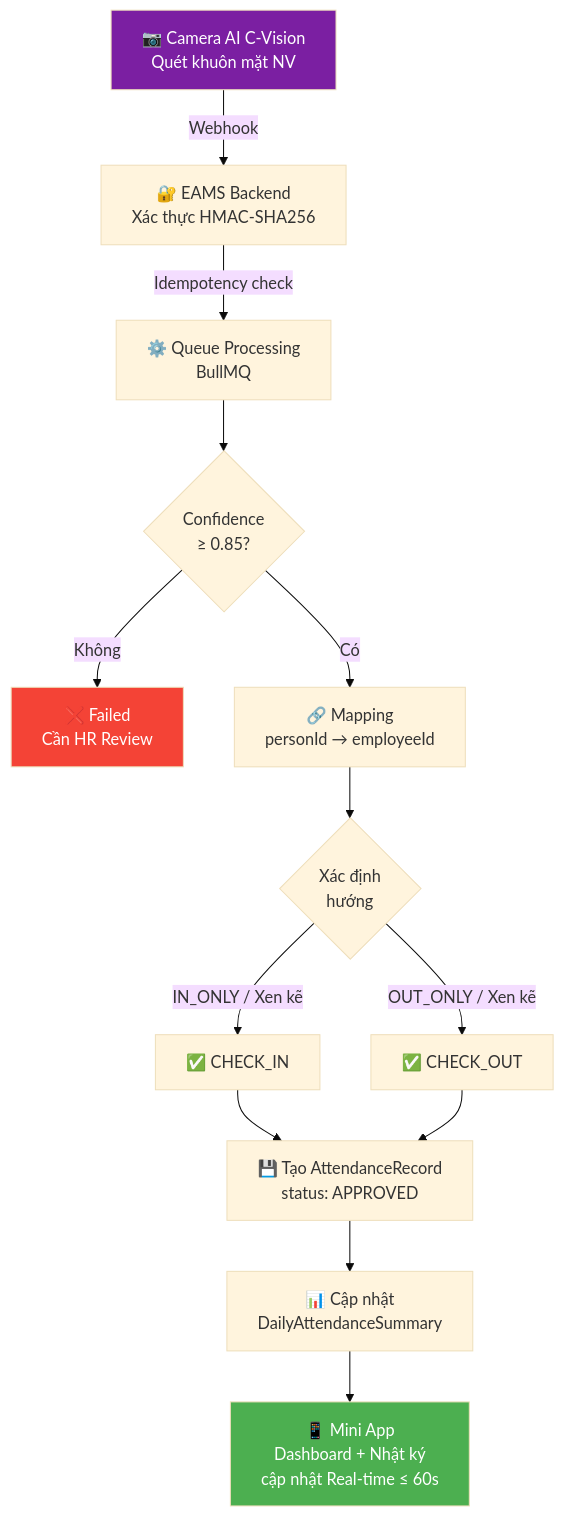
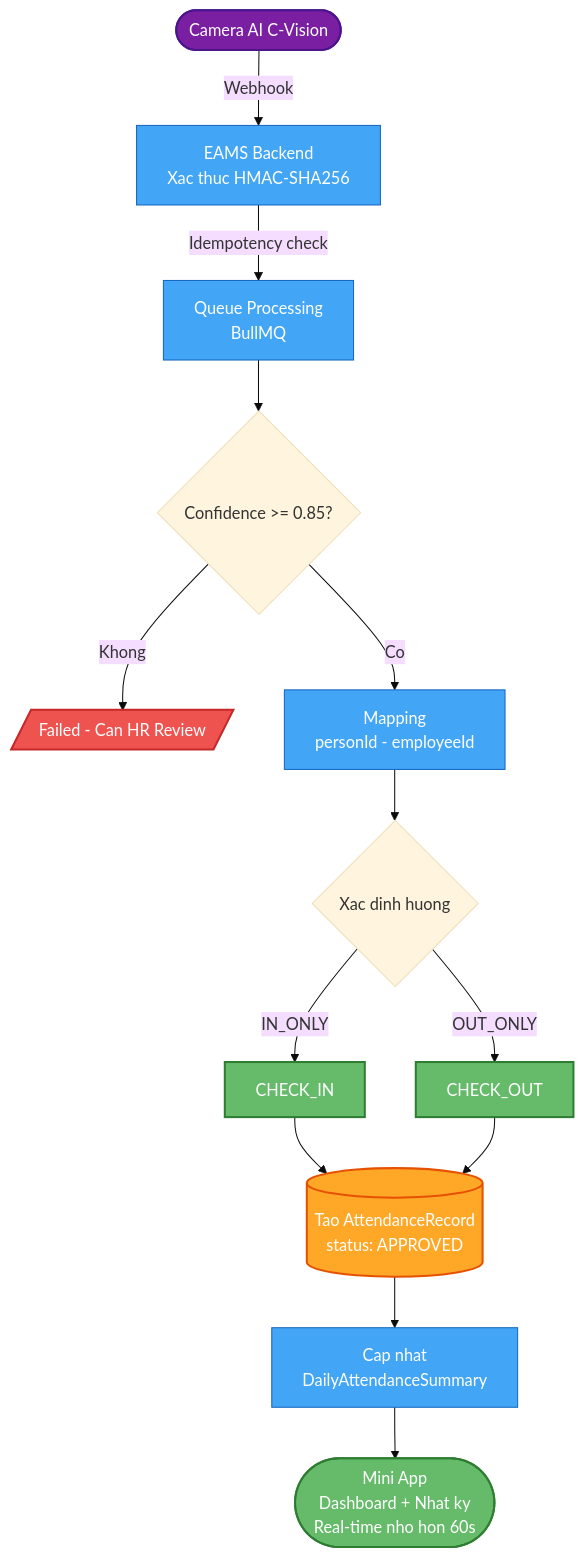
One commit to olbboy/ba-kit-antigravity changed the first of 2 diagrams in outputs/mini-app-cham-cong/2.11-Mini-app/2.11.1.-Chấm-công-và-Nhật-ký-chấm-công/README.md. Above: the diagram before and after it, drawn with Mermaid (base theme). The commit also changed other lines of this file and 11 other files, not shown here.

First line of the commit message:
fix: clean Confluence export artifacts and upgrade Mermaid diagrams

````diff
--- a/outputs/mini-app-cham-cong/2.11-Mini-app/2.11.1.-Chấm-công-và-Nhật-ký-chấm-công/README.md
+++ b/outputs/mini-app-cham-cong/2.11-Mini-app/2.11.1.-Chấm-công-và-Nhật-ký-chấm-công/README.md
@@ -24,18 +23,29 @@
 ```mermaid
 graph TD
-    A["📷 Camera AI C-Vision<br/>Quét khuôn mặt NV"] -->|Webhook| B["🔐 EAMS Backend<br/>Xác thực HMAC-SHA256"]
-    B -->|Idempotency check| C["⚙️ Queue Processing<br/>BullMQ"]
-    C --> D{"Confidence<br/>≥ 0.85?"}
-    D -->|"Không"| E["❌ Failed<br/>Cần HR Review"]
-    D -->|"Có"| F["🔗 Mapping<br/>personId → employeeId"]
-    F --> G{"Xác định<br/>hướng"}
-    G -->|"IN_ONLY / Xen kẽ"| H["✅ CHECK_IN"]
-    G -->|"OUT_ONLY / Xen kẽ"| I["✅ CHECK_OUT"]
-    H & I --> J["💾 Tạo AttendanceRecord<br/>status: APPROVED"]
-    J --> K["📊 Cập nhật<br/>DailyAttendanceSummary"]
-    K --> L["📱 Mini App<br/>Dashboard + Nhật ký<br/>cập nhật Real-time ≤ 60s"]
+    A([Camera AI C-Vision]) -->|Webhook| B[EAMS Backend<br/>Xac thuc HMAC-SHA256]
+    B -->|Idempotency check| C[Queue Processing<br/>BullMQ]
 
-    style A fill:#7B1FA2,color:#fff
-    style L fill:#4CAF50,color:#fff
-    style E fill:#F44336,color:#fff
+    C --> D{Confidence >= 0.85?}
+    D -->|Khong| E[/Failed - Can HR Review/]
+    D -->|Co| F[Mapping<br/>personId - employeeId]
+
+    F --> G{Xac dinh huong}
+    G -->|IN_ONLY| H[CHECK_IN]
+    G -->|OUT_ONLY| I[CHECK_OUT]
+
+    H & I --> J[(Tao AttendanceRecord<br/>status: APPROVED)]
+    J --> K[Cap nhat<br/>DailyAttendanceSummary]
+    K --> L([Mini App<br/>Dashboard + Nhat ky<br/>Real-time nho hon 60s])
+
+    classDef start fill:#7B1FA2,color:#fff,stroke:#4A148C,stroke-width:2px
+    classDef fail fill:#EF5350,color:#fff,stroke:#C62828,stroke-width:2px
+    classDef success fill:#66BB6A,color:#fff,stroke:#2E7D32,stroke-width:2px
+    classDef process fill:#42A5F5,color:#fff,stroke:#1565C0,stroke-width:1px
+    classDef db fill:#FFA726,color:#fff,stroke:#E65100,stroke-width:2px
+
+    class A start
+    class E fail
+    class H,I,L success
+    class B,C,F,K process
+    class J db
 ```
````
